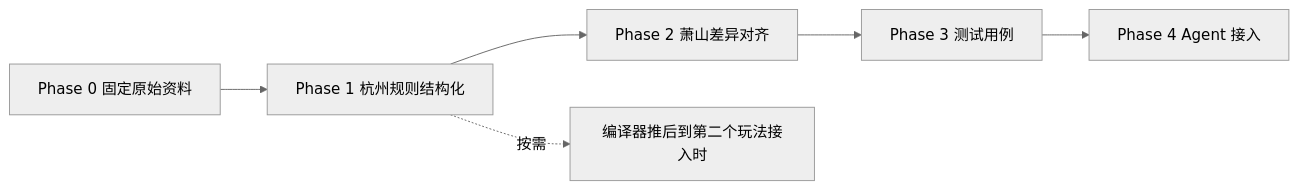
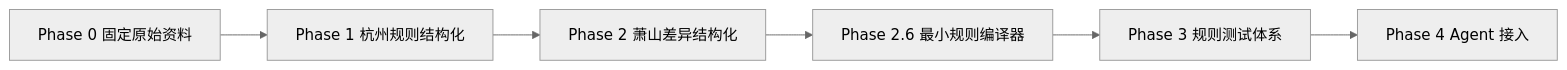
One commit to mickorz/MahjongRuleKB changed the diagram in dev-docs/design/需求分析.md. Above: the diagram before and after it, drawn with Mermaid (neutral theme). The commit also changed other lines of this file and 3 other files, not shown here.

````diff
--- a/dev-docs/design/需求分析.md
+++ b/dev-docs/design/需求分析.md
@@ -129,8 +133,8 @@
 ```mermaid
 flowchart LR
     P0[Phase 0 固定原始资料] --> P1[Phase 1 杭州规则结构化]
-    P1 --> P2[Phase 2 萧山差异对齐]
-    P2 --> P3[Phase 3 测试用例]
+    P1 --> P2[Phase 2 萧山差异结构化]
+    P2 --> P26[Phase 2.6 最小规则编译器]
+    P26 --> P3[Phase 3 规则测试体系]
     P3 --> P4[Phase 4 Agent 接入]
-    P1 -.->|按需| SKIP[编译器推后到第二个玩法接入时]
 ```
````
